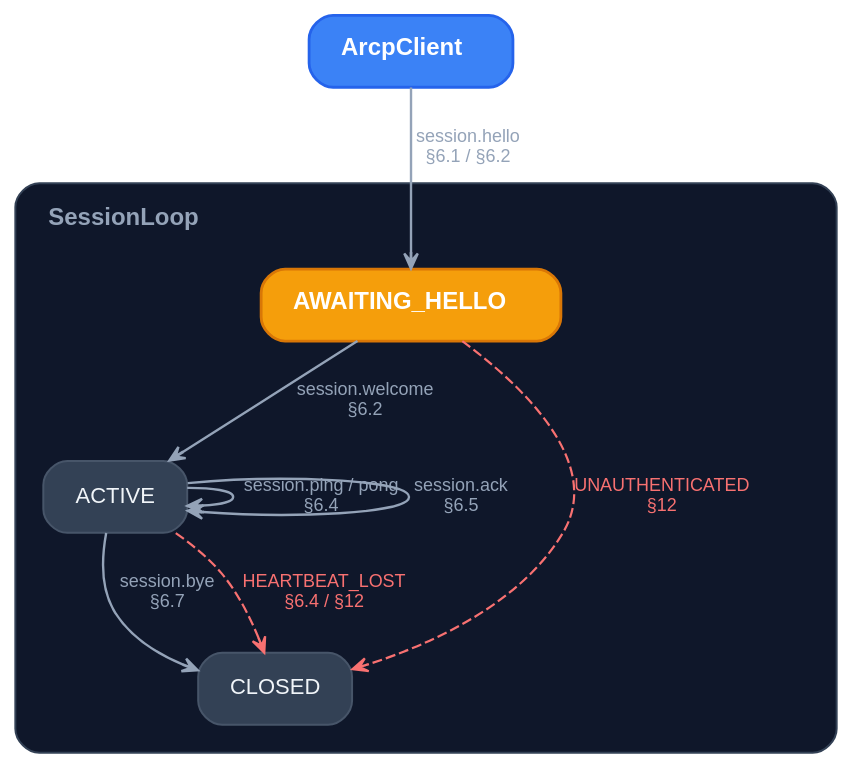
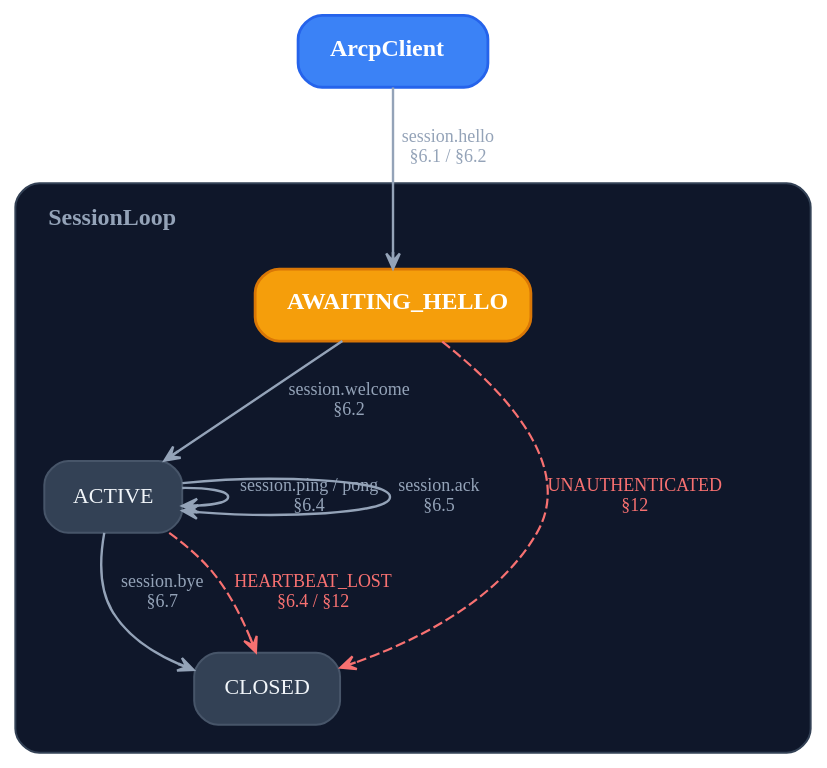
The diagram in docs/diagrams/session-lifecycle-dark.dot (agentruntimecontrolprotocol/java-sdk), drawn with Graphviz before and after one commit. The commit also changed 23 other files, not shown here.

First line of the commit message:
Harmonize Graphviz diagrams with the ARCP design system

```diff
--- a/docs/diagrams/session-lifecycle-dark.dot
+++ b/docs/diagrams/session-lifecycle-dark.dot
@@ -1,70 +1,70 @@
 // Session FSM (dark variant). Structurally identical to the light variant.
 
 digraph SessionLifecycle {
   rankdir=TB;
   bgcolor="transparent";
   compound=true;
-  fontname="Helvetica";
+  fontname="TT Commons Pro Trial";
   splines=spline;
   nodesep=0.32;
   ranksep=0.55;
   pad="0.35,0.25";
 
   node [
     shape=box,
     style="rounded,filled",
     fillcolor="#334155",
     color="#475569",
-    fontname="Helvetica",
+    fontname="TT Commons Pro Trial",
     fontsize=11,
     fontcolor="#F1F5F9",
     margin="0.22,0.11",
     penwidth=1.0
   ];
   edge [
-    fontname="Helvetica",
+    fontname="TT Commons Pro Trial",
     fontsize=9,
     fontcolor="#94A3B8",
     color="#64748B",
     penwidth=1.1,
     arrowsize=0.75,
     arrowhead=vee
   ];
 
   Client [
     label=<<FONT POINT-SIZE="12"><B>ArcpClient</B></FONT>>,
     fillcolor="#3B82F6", color="#2563EB",
     fontcolor="white", penwidth=1.4
   ];
 
   subgraph cluster_runtime {
     label=<<TABLE BORDER="0" CELLBORDER="0" CELLPADDING="0" CELLSPACING="0"><TR><TD COLSPAN="3" HEIGHT="8"></TD></TR><TR><TD WIDTH="8"></TD><TD><FONT POINT-SIZE="12"><B>SessionLoop</B></FONT></TD><TD WIDTH="8"></TD></TR></TABLE>>;
     style="rounded,filled";
     fillcolor="#0F172A";
     color="#334155";
-    fontname="Helvetica";
+    fontname="TT Commons Pro Trial";
     fontcolor="#94A3B8";
     margin=14;
     labeljust=l;
     penwidth=1.0;
 
     Awaiting [
       label=<<FONT POINT-SIZE="12"><B>AWAITING_HELLO</B></FONT>>,
       fillcolor="#F59E0B", color="#D97706",
       fontcolor="white", penwidth=1.4
     ];
     Active [label="ACTIVE"];
     Closed [label="CLOSED"];
   }
 
   edge [color="#94A3B8", penwidth=1.2];
   Client -> Awaiting [label="session.hello\n§6.1 / §6.2"];
   Awaiting -> Active [label="session.welcome\n§6.2"];
   Active -> Active [label="session.ping / pong\n§6.4"];
   Active -> Active [label="session.ack\n§6.5"];
   Active -> Closed [label="session.bye\n§6.7"];
 
   edge [color="#F87171", fontcolor="#F87171", style=dashed, penwidth=1.1];
   Awaiting -> Closed [label="UNAUTHENTICATED\n§12"];
   Active -> Closed [label="HEARTBEAT_LOST\n§6.4 / §12"];
 }
```
